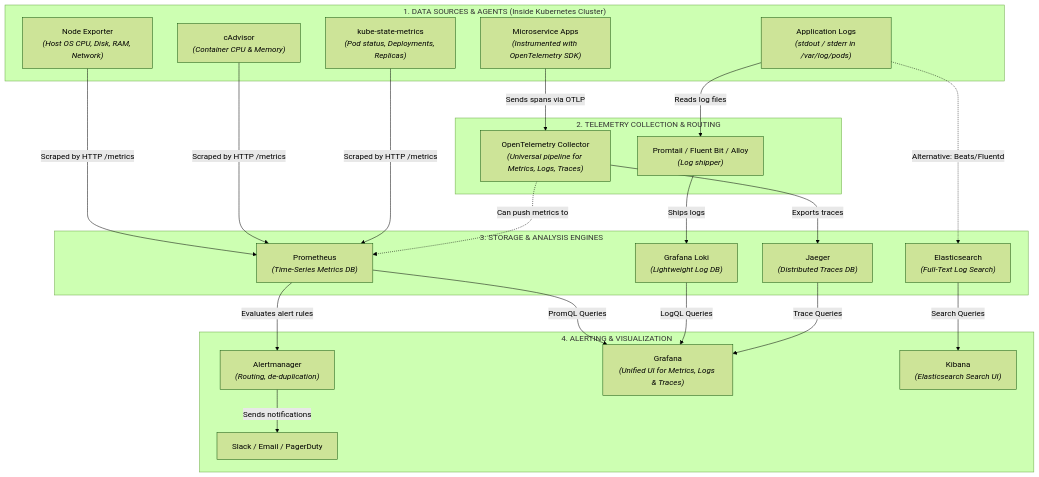
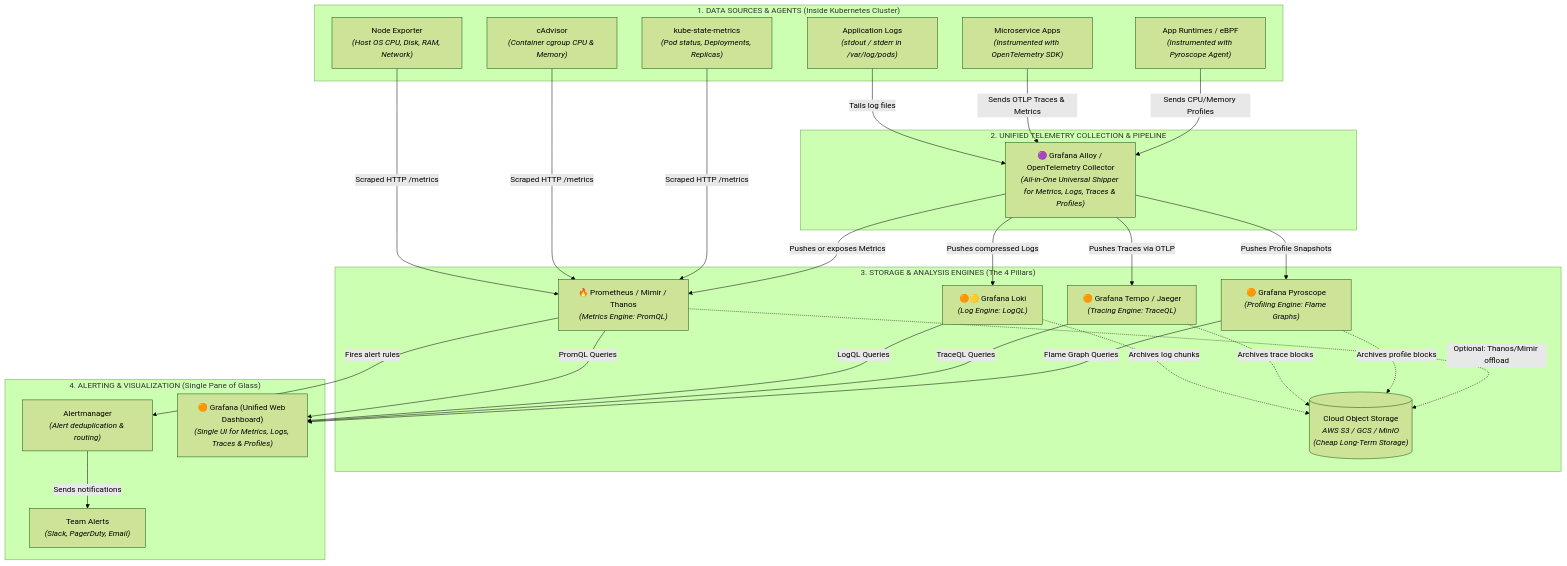
One commit to seang454/kubernete-aws-gcp changed the first of 2 diagrams in observ-monitory/observability-architecture-guide.md. Above: the diagram before and after it, drawn with Mermaid (forest theme). The commit also changed other lines of this file and 1 other file, not shown here.

Commit message:
update new version

````diff
--- a/observ-monitory/observability-architecture-guide.md
+++ b/observ-monitory/observability-architecture-guide.md
@@ -12,54 +12,59 @@
 ```mermaid
 flowchart TD
     subgraph Sources["1. DATA SOURCES & AGENTS (Inside Kubernetes Cluster)"]
         nodeExp["Node Exporter<br><i>(Host OS CPU, Disk, RAM, Network)</i>"]
-        cadvisor["cAdvisor<br><i>(Container CPU & Memory)</i>"]
+        cadvisor["cAdvisor<br><i>(Container cgroup CPU & Memory)</i>"]
         ksm["kube-state-metrics<br><i>(Pod status, Deployments, Replicas)</i>"]
         appLogs["Application Logs<br><i>(stdout / stderr in /var/log/pods)</i>"]
-        appTraces["Microservice Apps<br><i>(Instrumented with OpenTelemetry SDK)</i>"]
+        appOTel["Microservice Apps<br><i>(Instrumented with OpenTelemetry SDK)</i>"]
+        appPyro["App Runtimes / eBPF<br><i>(Instrumented with Pyroscope Agent)</i>"]
     end
 
-    subgraph Collection["2. TELEMETRY COLLECTION & ROUTING"]
-        otel["OpenTelemetry Collector<br><i>(Universal pipeline for Metrics, Logs, Traces)</i>"]
-        promtail["Promtail / Fluent Bit / Alloy<br><i>(Log shipper)</i>"]
+    subgraph Pipeline["2. UNIFIED TELEMETRY COLLECTION & PIPELINE"]
+        alloy["🟣 Grafana Alloy / OpenTelemetry Collector<br><i>(All-in-One Universal Shipper for Metrics, Logs, Traces & Profiles)</i>"]
     end
 
-    subgraph Storage["3. STORAGE & ANALYSIS ENGINES"]
-        prom["Prometheus<br><i>(Time-Series Metrics DB)</i>"]
-        loki["Grafana Loki<br><i>(Lightweight Log DB)</i>"]
-        elastic["Elasticsearch<br><i>(Full-Text Log Search)</i>"]
-        jaeger["Jaeger<br><i>(Distributed Traces DB)</i>"]
+    subgraph Storage["3. STORAGE & ANALYSIS ENGINES (The 4 Pillars)"]
+        prom["🔥 Prometheus / Mimir / Thanos<br><i>(Metrics Engine: PromQL)</i>"]
+        loki["🟠🟡 Grafana Loki<br><i>(Log Engine: LogQL)</i>"]
+        tempo["🟠 Grafana Tempo / Jaeger<br><i>(Tracing Engine: TraceQL)</i>"]
+        pyro["🟠 Grafana Pyroscope<br><i>(Profiling Engine: Flame Graphs)</i>"]
+        s3[("Cloud Object Storage<br><i>AWS S3 / GCS / MinIO<br>(Cheap Long-Term Storage)</i>")]
     end
 
-    subgraph Actions["4. ALERTING & VISUALIZATION"]
-        alertmgr["Alertmanager<br><i>(Routing, de-duplication)</i>"]
-        grafana["Grafana<br><i>(Unified UI for Metrics, Logs & Traces)</i>"]
-        kibana["Kibana<br><i>(Elasticsearch Search UI)</i>"]
-        notifications["Slack / Email / PagerDuty"]
+    subgraph Actions["4. ALERTING & VISUALIZATION (Single Pane of Glass)"]
+        alertmgr["Alertmanager<br><i>(Alert deduplication & routing)</i>"]
+        grafana["🟠 Grafana (Unified Web Dashboard)<br><i>(Single UI for Metrics, Logs, Traces & Profiles)</i>"]
+        notifications["Team Alerts<br><i>(Slack, PagerDuty, Email)</i>"]
     end
 
-    %% Metrics Flow
-    nodeExp -->|Scraped by HTTP /metrics| prom
-    cadvisor -->|Scraped by HTTP /metrics| prom
-    ksm -->|Scraped by HTTP /metrics| prom
-    otel -.->|Can push metrics to| prom
+    %% Ingestion into Collection Pipeline
+    nodeExp -->|Scraped HTTP /metrics| prom
+    cadvisor -->|Scraped HTTP /metrics| prom
+    ksm -->|Scraped HTTP /metrics| prom
+    appLogs -->|Tails log files| alloy
+    appOTel -->|Sends OTLP Traces & Metrics| alloy
+    appPyro -->|Sends CPU/Memory Profiles| alloy
 
-    %% Logs Flow
-    appLogs -->|Reads log files| promtail
-    promtail -->|Ships logs| loki
-    appLogs -.->|Alternative: Beats/Fluentd| elastic
+    %% Pipeline routing to Storage
+    alloy -->|Pushes or exposes Metrics| prom
+    alloy -->|Pushes compressed Logs| loki
+    alloy -->|Pushes Traces via OTLP| tempo
+    alloy -->|Pushes Profile Snapshots| pyro
 
-    %% Traces Flow
-    appTraces -->|Sends spans via OTLP| otel
-    otel -->|Exports traces| jaeger
+    %% Long-term Object Storage offload
+    loki -.->|Archives log chunks| s3
+    tempo -.->|Archives trace blocks| s3
+    pyro -.->|Archives profile blocks| s3
+    prom -.->|Optional: Thanos/Mimir offload| s3
 
     %% Alerting Flow
-    prom -->|Evaluates alert rules| alertmgr
+    prom -->|Fires alert rules| alertmgr
     alertmgr -->|Sends notifications| notifications
 
-    %% Visualization Flow
+    %% Visualization Queries from Grafana
     prom -->|PromQL Queries| grafana
     loki -->|LogQL Queries| grafana
-    jaeger -->|Trace Queries| grafana
-    elastic -->|Search Queries| kibana
+    tempo -->|TraceQL Queries| grafana
+    pyro -->|Flame Graph Queries| grafana
 ```
````
